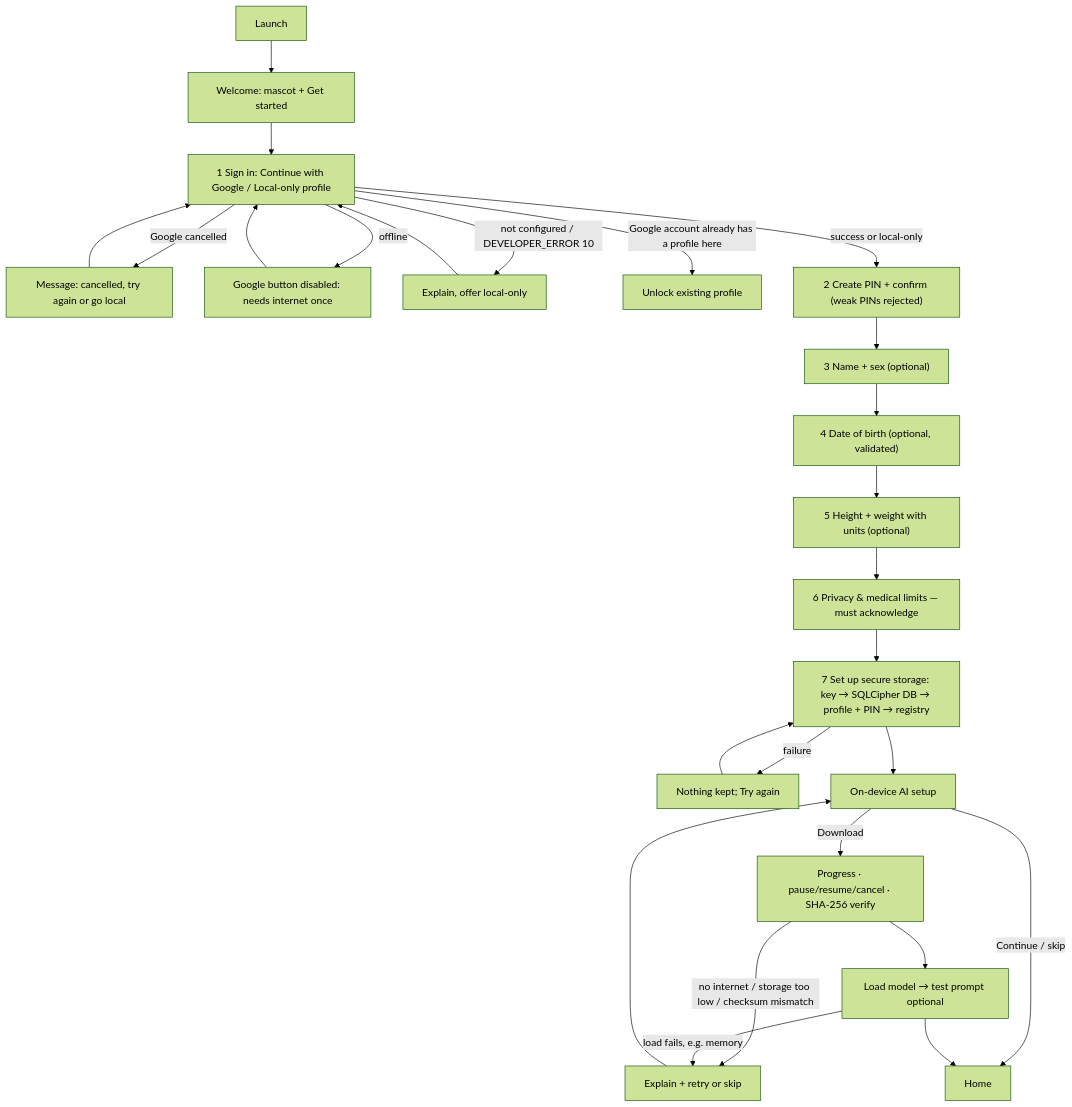
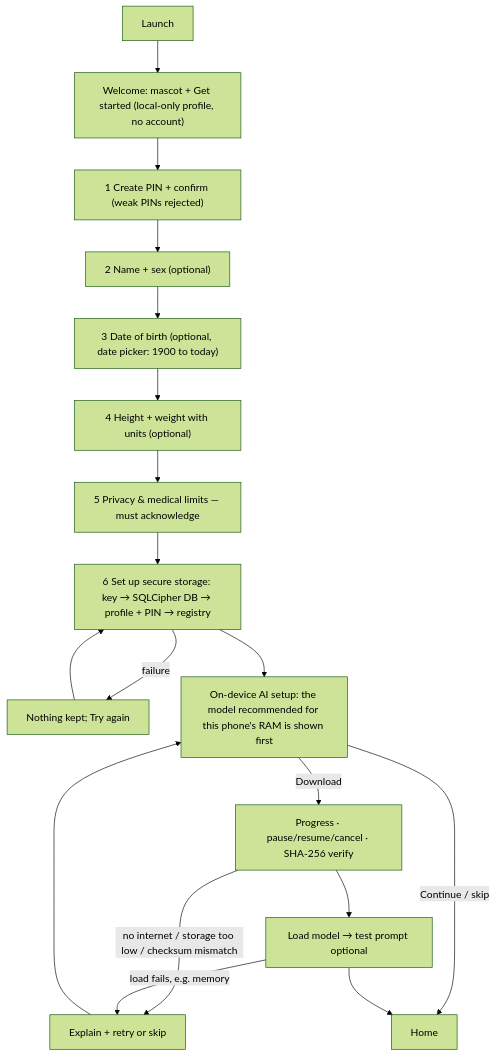
One commit to winterwind999/doc-pawi changed the first of 3 diagrams in docs/APP_FLOW.md. Above: the diagram before and after it, drawn with Mermaid (forest theme). The commit also changed other lines of this file and 11 other files, not shown here.

````diff
--- a/docs/APP_FLOW.md
+++ b/docs/APP_FLOW.md
@@ -18,23 +18,18 @@
 ```mermaid
 flowchart TD
-  L[Launch] --> W[Welcome: mascot + Get started]
-  W --> S1["1 Sign in: Continue with Google / Local-only profile"]
-  S1 -->|Google cancelled| S1c[Message: cancelled, try again or go local] --> S1
-  S1 -->|offline| S1o[Google button disabled: needs internet once] --> S1
-  S1 -->|not configured / DEVELOPER_ERROR 10| S1n[Explain, offer local-only] --> S1
-  S1 -->|Google account already has a profile here| U[Unlock existing profile]
-  S1 -->|success or local-only| S2["2 Create PIN + confirm (weak PINs rejected)"]
-  S2 --> S3["3 Name + sex (optional)"]
-  S3 --> S4["4 Date of birth (optional, validated)"]
-  S4 --> S5["5 Height + weight with units (optional)"]
-  S5 --> S6["6 Privacy & medical limits — must acknowledge"]
-  S6 --> S7["7 Set up secure storage: key → SQLCipher DB → profile + PIN → registry"]
-  S7 -->|failure| S7e[Nothing kept; Try again] --> S7
-  S7 --> M[On-device AI setup]
+  L[Launch] --> W["Welcome: mascot + Get started (local-only profile, no account)"]
+  W --> S1["1 Create PIN + confirm (weak PINs rejected)"]
+  S1 --> S2["2 Name + sex (optional)"]
+  S2 --> S3["3 Date of birth (optional, date picker: 1900 to today)"]
+  S3 --> S4["4 Height + weight with units (optional)"]
+  S4 --> S5["5 Privacy & medical limits — must acknowledge"]
+  S5 --> S6["6 Set up secure storage: key → SQLCipher DB → profile + PIN → registry"]
+  S6 -->|failure| S6e[Nothing kept; Try again] --> S6
+  S6 --> M[On-device AI setup: the model recommended for this phone's RAM is shown first]
   M -->|Download| D[Progress · pause/resume/cancel · SHA-256 verify]
   D -->|no internet / storage too low / checksum mismatch| Me[Explain + retry or skip] --> M
   D --> LD[Load model → test prompt optional]
   LD -->|load fails, e.g. memory| Me
   M -->|Continue / skip| H[Home]
   LD --> H
 ```
````
